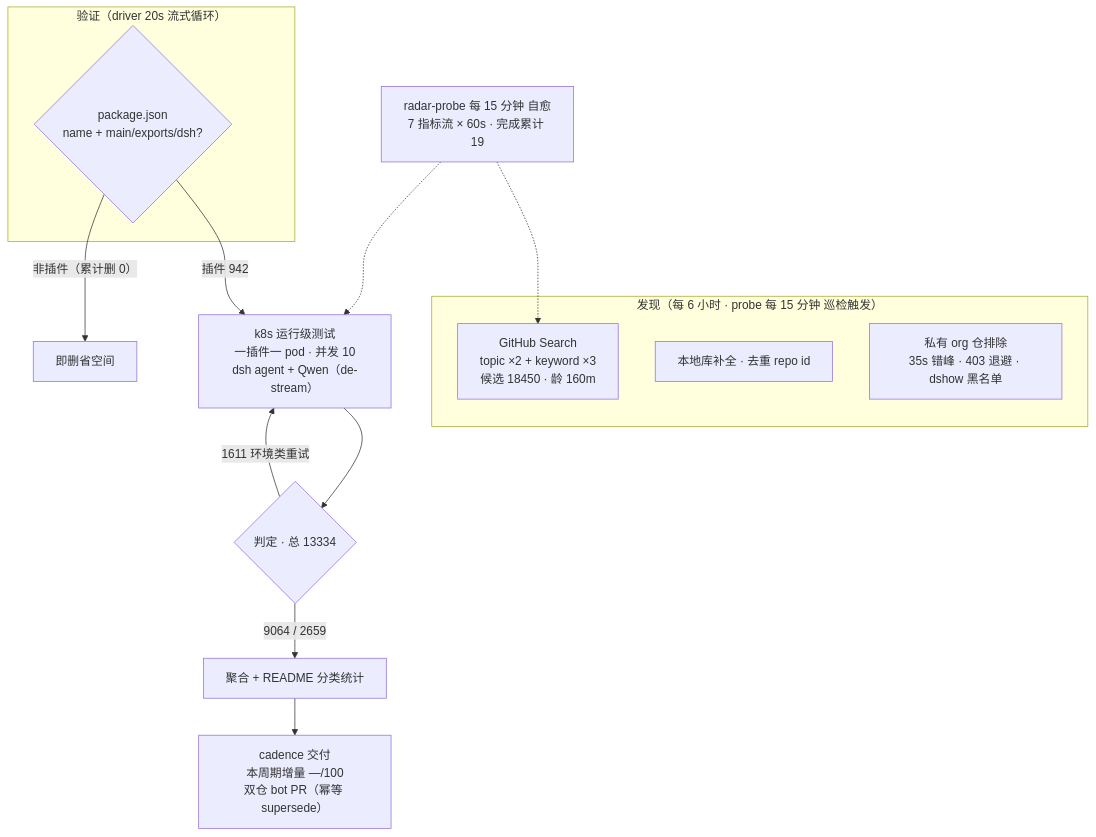
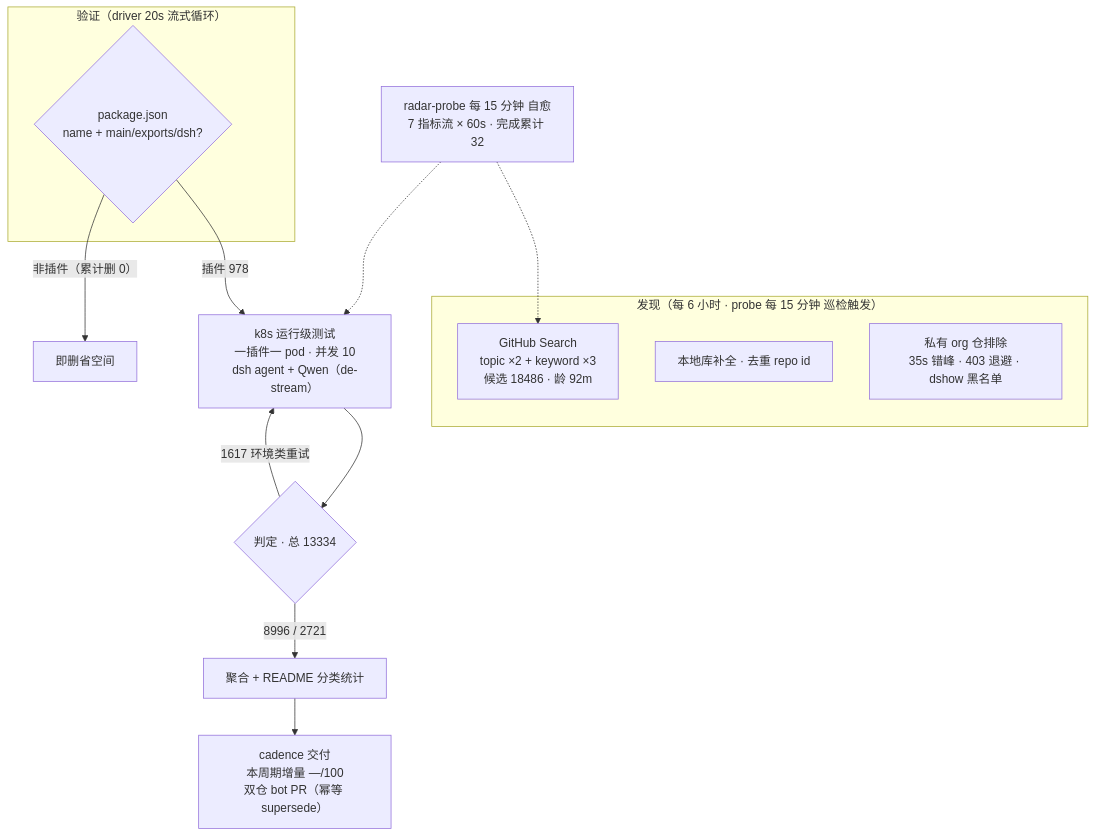
Before and after one commit to Zhidao-Lab-OSS/awesome-dsh-plugins: the diagram in README.md, drawn with Mermaid. The commit also changed other lines of this file and 1 other file, not shown here.

````diff
--- a/README.md
+++ b/README.md
@@ -52,20 +52,20 @@
 ```mermaid
 flowchart TB
     subgraph Discovery["发现（每 6 小时 · probe 每 15 分钟 巡检触发）"]
-        A1["GitHub Search<br/>topic ×2 + keyword ×3<br/>候选 18450 · 龄 160m"]
+        A1["GitHub Search<br/>topic ×2 + keyword ×3<br/>候选 18486 · 龄 92m"]
         A2["本地库补全 · 去重 repo id"]
         A3["私有 org 仓排除<br/>35s 错峰 · 403 退避 · dshow 黑名单"]
     end
     subgraph Validation["验证（driver 20s 流式循环）"]
         B1{"package.json<br/>name + main/exports/dsh?"}
     end
-    B1 -->|"插件 942"| C1["k8s 运行级测试<br/>一插件一 pod · 并发 10<br/>dsh agent + Qwen（de-stream）"]
+    B1 -->|"插件 978"| C1["k8s 运行级测试<br/>一插件一 pod · 并发 10<br/>dsh agent + Qwen（de-stream）"]
     B1 -->|"非插件（累计删 0）"| B3["即删省空间"]
     C1 --> D1{"判定 · 总 13334"}
-    D1 -->|"9064 / 2659"| E1["聚合 + README 分类统计"]
-    D1 -->|"1611 环境类重试"| C1
+    D1 -->|"8996 / 2721"| E1["聚合 + README 分类统计"]
+    D1 -->|"1617 环境类重试"| C1
     E1 --> E2["cadence 交付<br/>本周期增量 —/100<br/>双仓 bot PR（幂等 supersede）"]
-    M["radar-probe 每 15 分钟 自愈<br/>7 指标流 × 60s · 完成累计 19"]
+    M["radar-probe 每 15 分钟 自愈<br/>7 指标流 × 60s · 完成累计 32"]
     M -.-> A1
     M -.-> C1
 ```
````
